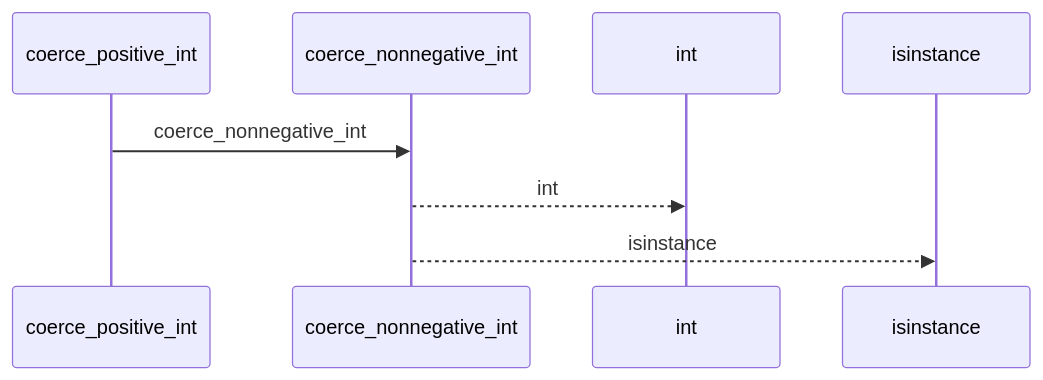
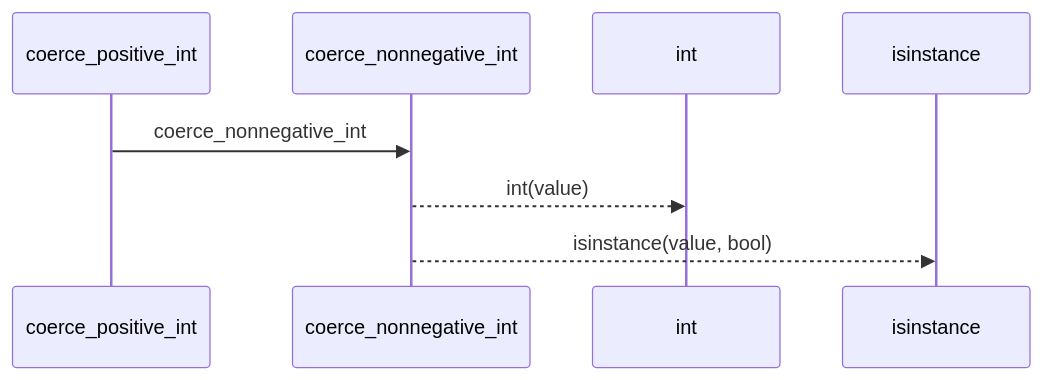
The first of 2 diagrams in docs/llm_wiki/flows/api-coerce_positive_int.md (Denissvgn/python-wiki-llm), drawn with Mermaid before and after one commit. The commit also changed other lines of this file and 1410 other files, not shown here.

````diff
--- a/docs/llm_wiki/flows/api-coerce_positive_int.md
+++ b/docs/llm_wiki/flows/api-coerce_positive_int.md
@@ -10,10 +12,10 @@
 ```mermaid
 sequenceDiagram
     participant p0 as coerce_positive_int
     participant p1 as coerce_nonnegative_int
     participant p2 as int
     participant p3 as isinstance
     p0->>p1: coerce_nonnegative_int
-    p1-->>p2: int
-    p1-->>p3: isinstance
+    p1-->>p2: int(value)
+    p1-->>p3: isinstance(value, bool)
 ```
````
